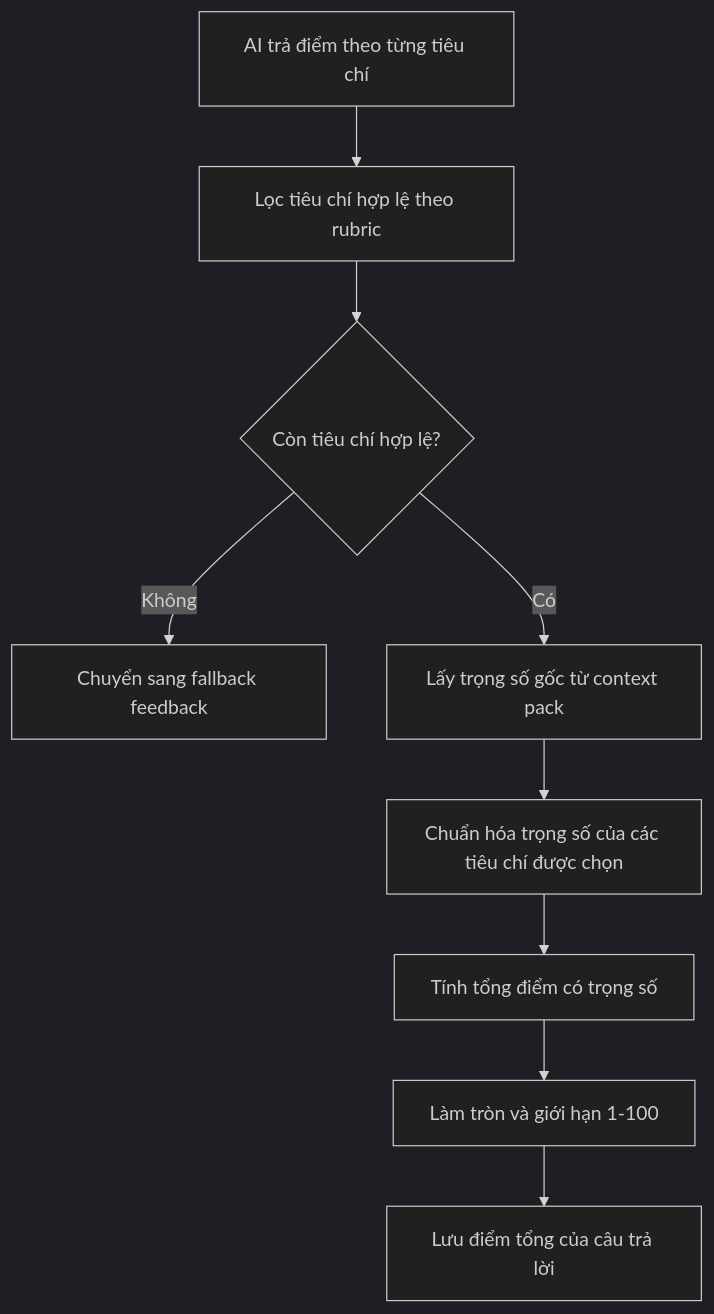
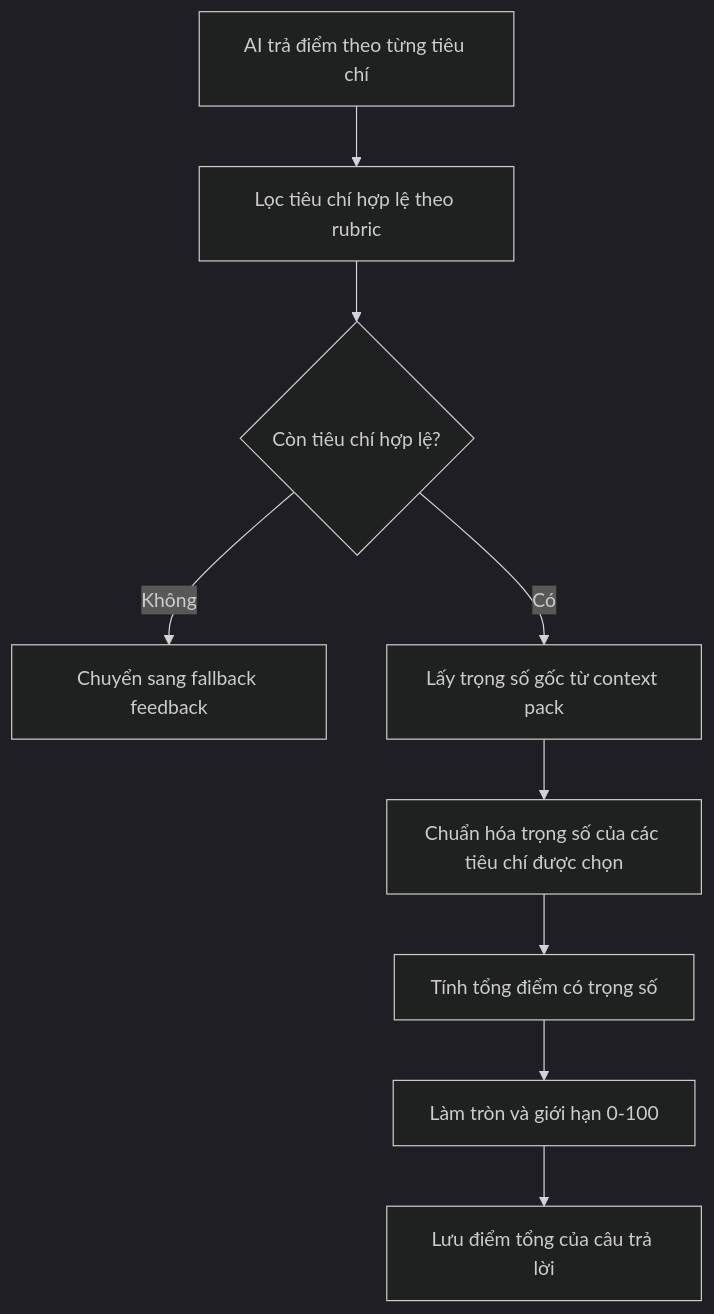
Before and after one commit to lethanhan01/interview-coach: diagram 13 of 18 in docs/final_report/Chuong4.md, drawn with Mermaid (dark theme). The commit also changed other lines of this file and 9 other files, not shown here.

````diff
--- a/docs/final_report/Chuong4.md
+++ b/docs/final_report/Chuong4.md
@@ -770,11 +770,11 @@
 ```mermaid
 flowchart TD
     A[AI trả điểm theo từng tiêu chí] --> B[Lọc tiêu chí hợp lệ theo rubric]
     B --> C{Còn tiêu chí hợp lệ?}
     C -->|Không| D[Chuyển sang fallback feedback]
     C -->|Có| E[Lấy trọng số gốc từ context pack]
     E --> F[Chuẩn hóa trọng số của các tiêu chí được chọn]
     F --> G[Tính tổng điểm có trọng số]
-    G --> H[Làm tròn và giới hạn 1-100]
+    G --> H[Làm tròn và giới hạn 0-100]
     H --> I[Lưu điểm tổng của câu trả lời]
 ```
````
